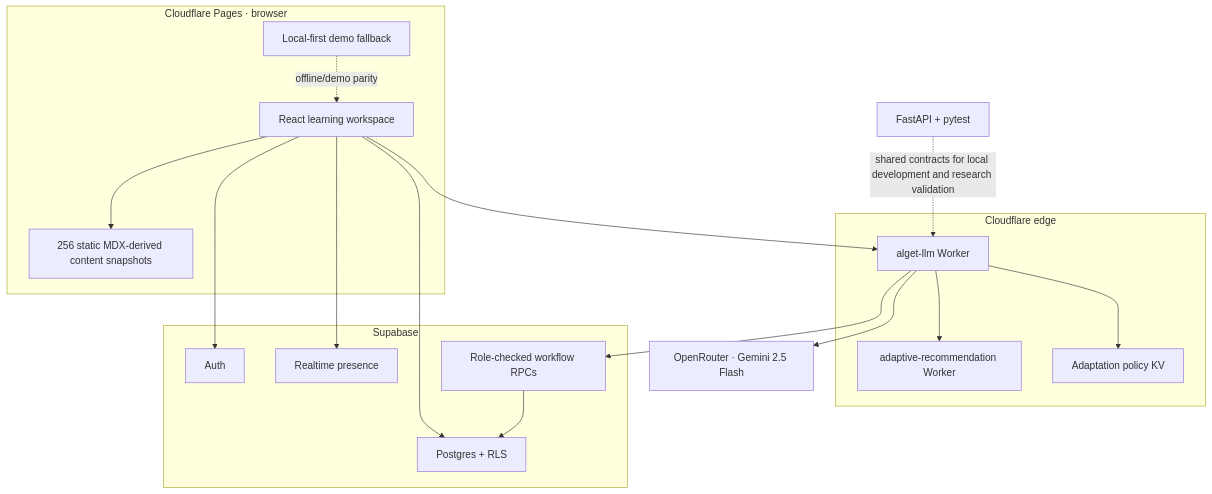
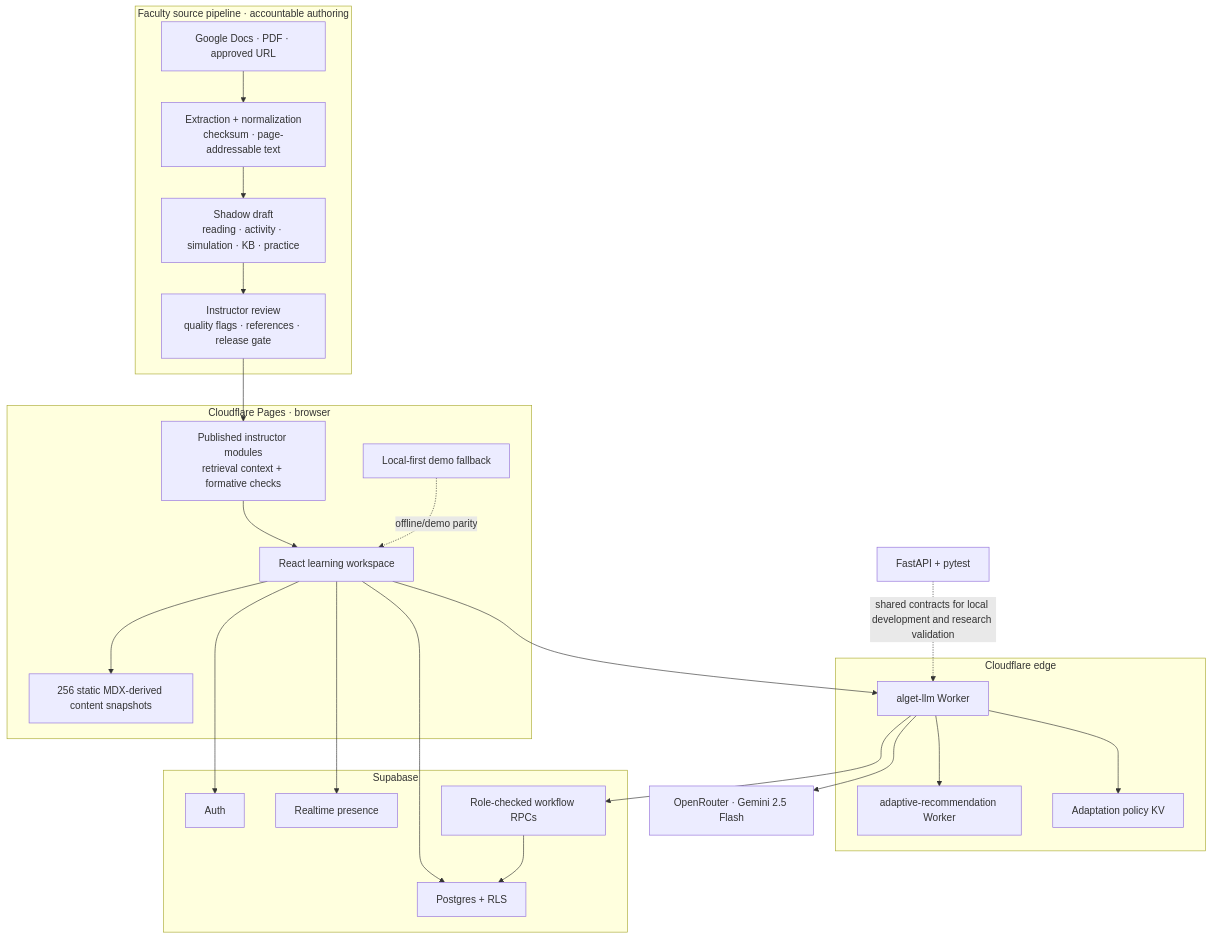
The second of 3 diagrams in README.md (Educatian/alget), drawn with Mermaid before and after one commit. The commit also changed other lines of this file and 11 other files, not shown here.

Commit message:
docs: refresh release screenshots and source architecture

````diff
--- a/README.md
+++ b/README.md
@@ -142,34 +146,44 @@
 ```mermaid
 flowchart TB
+    subgraph Sources["Faculty source pipeline · accountable authoring"]
+      SRC["Google Docs · PDF · approved URL"]
+      ING["Extraction + normalization<br/>checksum · page-addressable text"]
+      DRAFT["Shadow draft<br/>reading · activity · simulation · KB · practice"]
+      REVIEW["Instructor review<br/>quality flags · references · release gate"]
+      SRC --> ING --> DRAFT --> REVIEW
+    end
+
     subgraph Client["Cloudflare Pages · browser"]
       UI["React learning workspace"]
       C["256 static MDX-derived content snapshots"]
+      PUB["Published instructor modules<br/>retrieval context + formative checks"]
       L["Local-first demo fallback"]
     end
 
     subgraph Edge["Cloudflare edge"]
       W["alget-llm Worker"]
       AP["adaptive-recommendation Worker"]
       KV["Adaptation policy KV"]
     end
 
     subgraph Data["Supabase"]
       Auth["Auth"]
       DB["Postgres + RLS"]
       RT["Realtime presence"]
       RPC["Role-checked workflow RPCs"]
     end
 
+    REVIEW --> PUB --> UI
     UI --> C
     UI --> W
     UI --> Auth
     UI --> DB
     UI --> RT
     W --> AP
     W --> KV
     W --> OR["OpenRouter · Gemini 2.5 Flash"]
     W --> RPC
     RPC --> DB
     L -. "offline/demo parity" .-> UI
     PY["FastAPI + pytest"] -. "shared contracts for local development and research validation" .-> W
 ```
````
